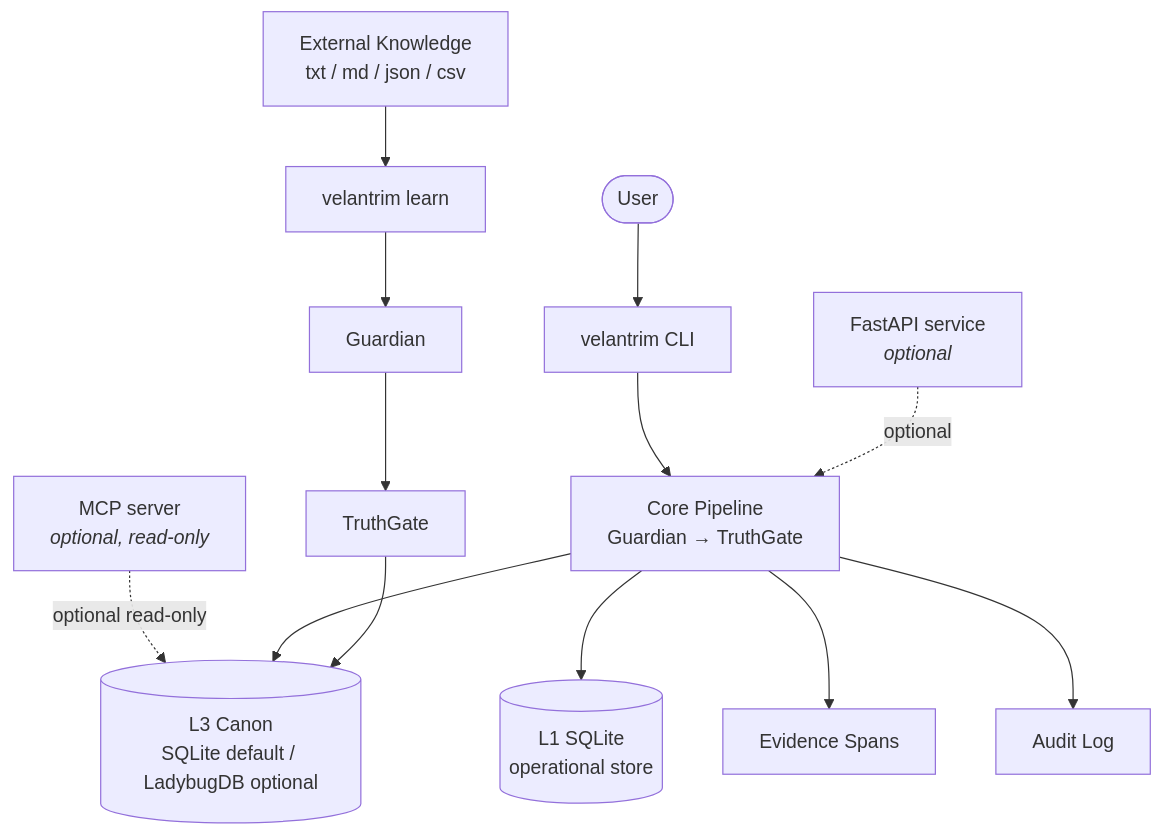
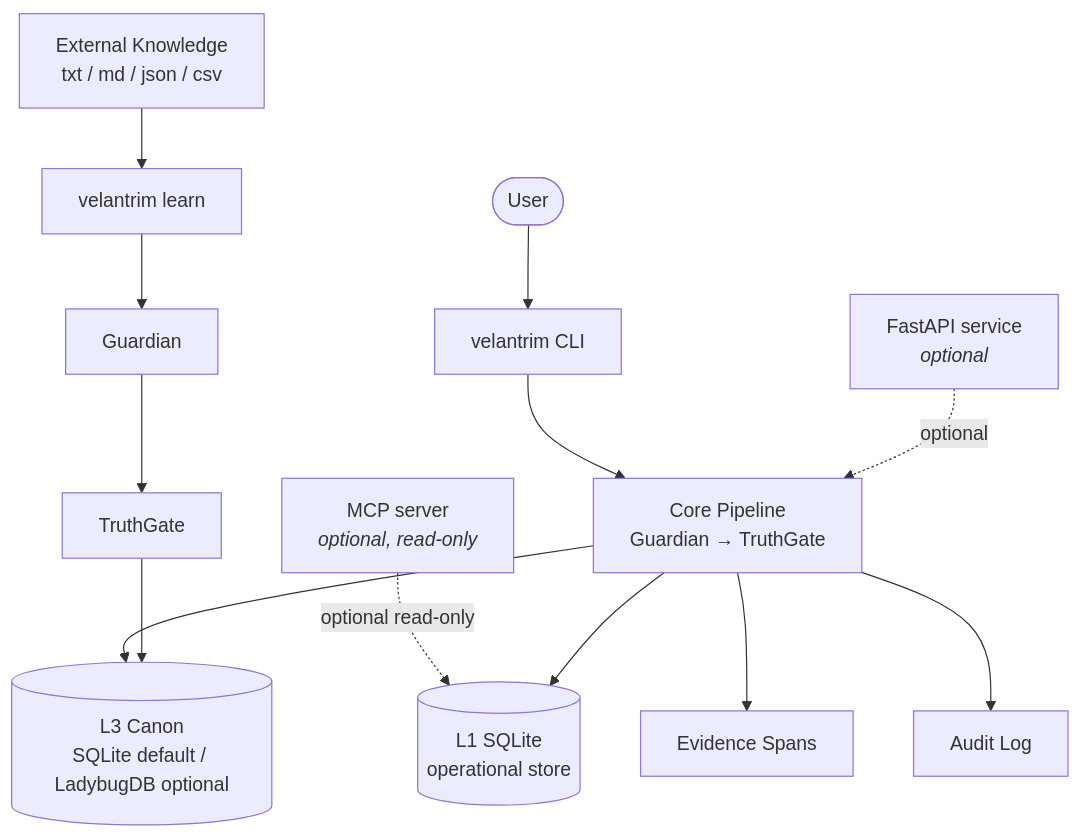
Before and after one commit to velantrian/velantrim-exocortex-crystal: the sixth of 6 diagrams in docs/ARCHITECTURE.md, drawn with Mermaid. The commit also changed other lines of this file and 6 other files, not shown here.

````diff
--- a/docs/ARCHITECTURE.md
+++ b/docs/ARCHITECTURE.md
@@ -234,31 +234,31 @@
 ```mermaid
 graph TD
     User([User])
     CLI[velantrim CLI]
     FastAPI[FastAPI service<br/><i>optional</i>]
     MCP[MCP server<br/><i>optional, read-only</i>]
     Pipeline[Core Pipeline<br/>Guardian → TruthGate]
     L1[(L1 SQLite<br/>operational store)]
     L3[(L3 Canon<br/>SQLite default / LadybugDB optional)]
     Evidence[Evidence Spans]
     Audit[Audit Log]
     ExtKB[External Knowledge<br/>txt / md / json / csv]
     Learn[velantrim learn]
     Guardian[Guardian]
     TruthGate[TruthGate]
 
     User --> CLI
     CLI --> Pipeline
     FastAPI -. optional .-> Pipeline
-    MCP -. optional read-only .-> L3
+    MCP -. optional read-only .-> L1
 
     Pipeline --> L1
     Pipeline --> L3
     Pipeline --> Evidence
     Pipeline --> Audit
 
     ExtKB --> Learn
     Learn --> Guardian
     Guardian --> TruthGate
     TruthGate --> L3
 ```
````
